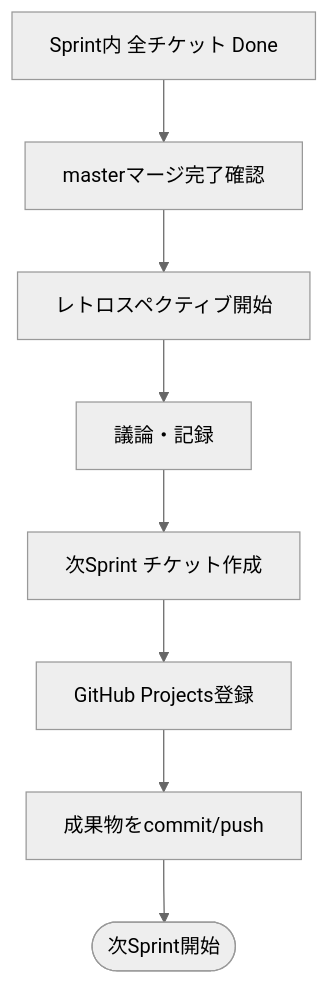
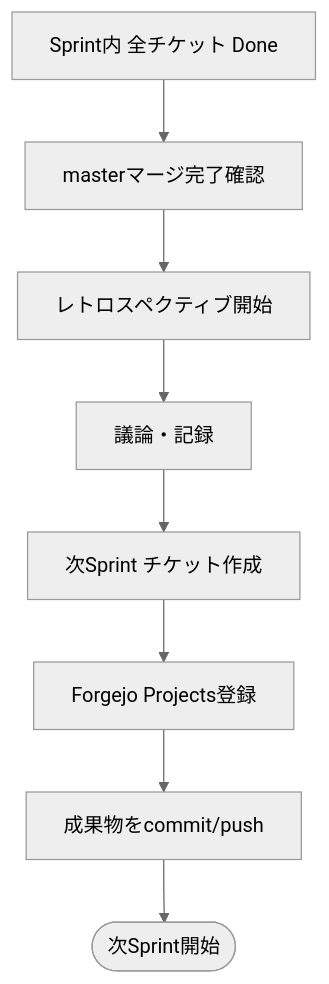
The diagram in _document/002.要件定義フェーズ/005.各種規約/005-04.レトロスペクティブ実施規約.md (BossApe/lo-vibe), drawn with Mermaid (neutral theme) before and after one commit. The commit also changed other lines of this file and 38 other files, not shown here.

````diff
--- a/_document/002.要件定義フェーズ/005.各種規約/005-04.レトロスペクティブ実施規約.md
+++ b/_document/002.要件定義フェーズ/005.各種規約/005-04.レトロスペクティブ実施規約.md
@@ -38,10 +38,10 @@
 ```mermaid
 flowchart TD
     A[Sprint内 全チケット Done] --> B[masterマージ完了確認]
     B --> C[レトロスペクティブ開始]
     C --> D[議論・記録]
     D --> E[次Sprint チケット作成]
-    E --> F[GitHub Projects登録]
+    E --> F[Forgejo Projects登録]
     F --> G[成果物をcommit/push]
     G --> H([次Sprint開始])
 ```
````
